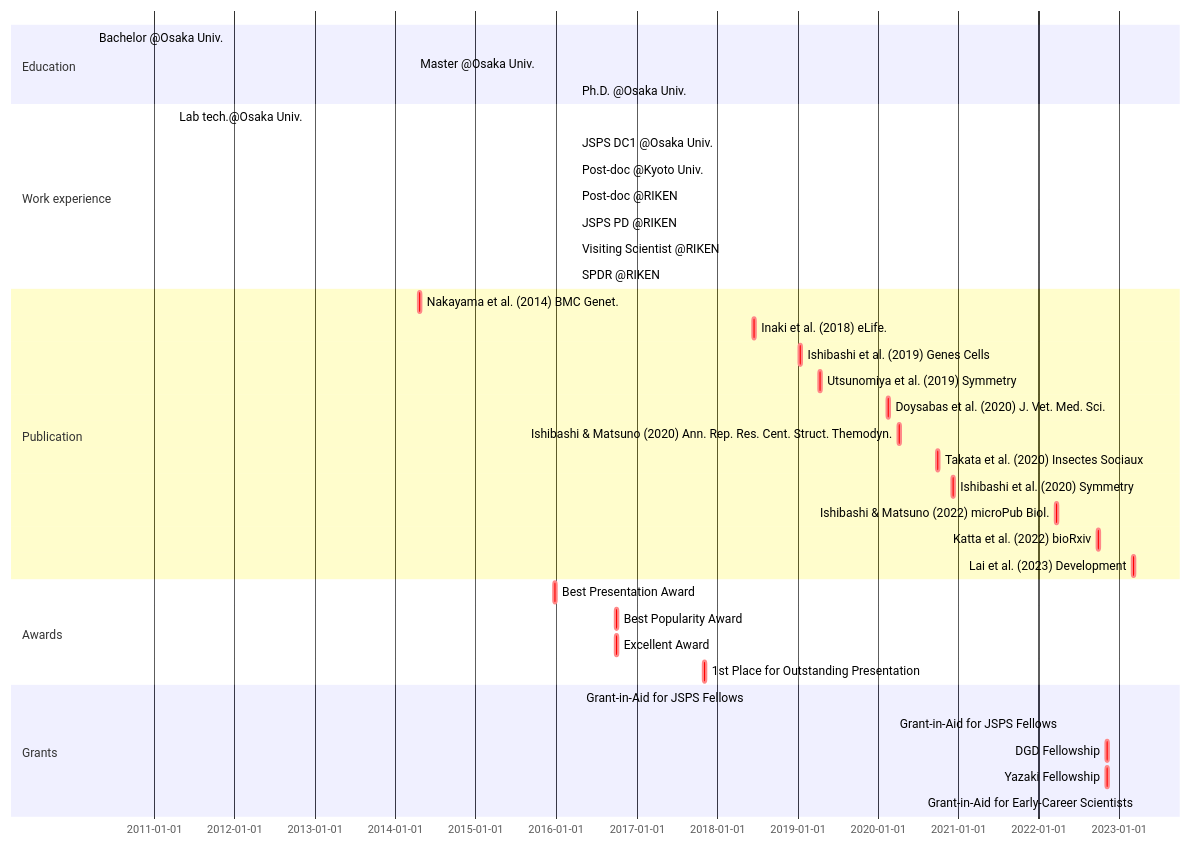
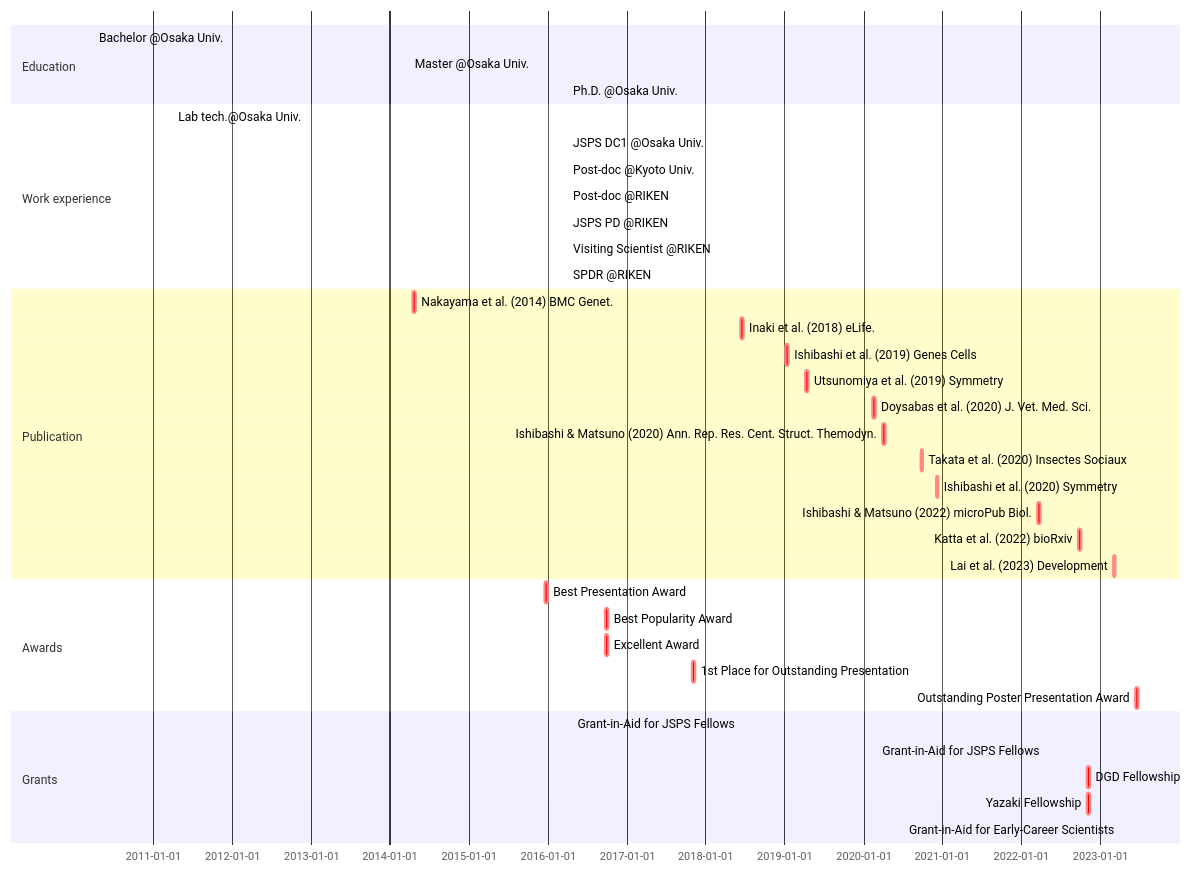
The diagram in _includes/mermaid-cv.md (ishibaki/ishibaki.github.io), drawn with Mermaid before and after one commit.

````diff
--- a/_includes/mermaid-cv.md
+++ b/_includes/mermaid-cv.md
@@ -1,38 +1,39 @@
 ```mermaid
 gantt
 section Education
   Bachelor @Osaka Univ. : BS, 2010-04-01, 2014-03-25
   Master @Osaka Univ.   : MS, 2014-04-01, 2016-03-28
   Ph.D. @Osaka Univ.    : Ph.D., 2016-04-01, 2019-03-25
 section Work experience
   Lab tech.@Osaka Univ.     : done, OU-tech, 2011-04-01, 2012-03-31
   JSPS DC1 @Osaka Univ.     : done, DC1, 2016-04-01, 2019-03-31
   Post-doc @Kyoto Univ.     : done, KU-postdoc, after DC1, 2021-04-30
   Post-doc @RIKEN           : done, RIKEN-postdoc, after KU-postdoc, 2022-03-31
   JSPS PD @RIKEN            : done, PD, after RIKEN-postdoc, 2023-03-31
   Visiting Scientist @RIKEN : done, Visit-Sci, after RIKEN-postdoc, 2023-03-31
   SPDR @RIKEN               : active, SPDR, after PD, 2026-03-31
 section Publication
   Nakayama et al. (2014) BMC Genet.         : crit, nakayama2014, 2014-04-16, 2w
   Inaki et al. (2018) eLife.                : crit, inaki2018, 2018-06-12, 2w
   Ishibashi et al. (2019) Genes Cells       : crit, ishibashi2019, 2019-01-09, 2w
   Utsunomiya et al. (2019) Symmetry         : crit, utsunomiya2019, 2019-04-08, 2w
   Doysabas et al. (2020) J. Vet. Med. Sci.  : crit, doysabas2020, 2020-02-12, 2w
   Ishibashi & Matsuno (2020) Ann. Rep. Res. Cent. Struct. Themodyn. : crit, ishibashi2020a, 2020-04-01, 2w
   Takata et al. (2020) Insectes Sociaux     : crit, takata2020, 2020-09-22, 2w
   Ishibashi et al. (2020) Symmetry          : crit, ishibashi2020b, 2020-12-02, 2w
   Ishibashi & Matsuno (2022) microPub Biol. : crit, ishibashi2022, 2022-03-18, 2w
   Katta et al. (2022) bioRxiv               : crit, Katta2022, 2022-09-22, 2w
   Lai et al. (2023) Development             : crit, Lai2023, 2023-03-02, 2w
 section Awards
   Best Presentation Award                  : crit, aw_1, 2015-12-20, 2w
   Best Popularity Award                    : crit, aw_2, 2016-09-25, 2w
   Excellent Award                          : crit, aw_3, 2016-09-25, 2w
   1st Place for Outstanding Presentation   : crit, aw_4, 2017-11-01, 2w
+  Outstanding Poster Presentation Award    : crit, aw_5, 2023-06-15, 2w
 section Grants
   Grant-in-Aid for JSPS Fellows : done, grant_DC1, 2016-04-22, 2019-03-31
   Grant-in-Aid for JSPS Fellows : active, grant_PD, 2022-04-22, 2025-03-31
   DGD Fellowship:                 crit, dgd_fellowship, 2022-11-04, 2w
   Yazaki Fellowship:              crit, yazaki_fellowship, 2022-11-04, 2w
   Grant-in-Aid for Early-Career Scientists : active, grant_ecs2023, 2023-04-01, 2026-03-31
 ```
````
